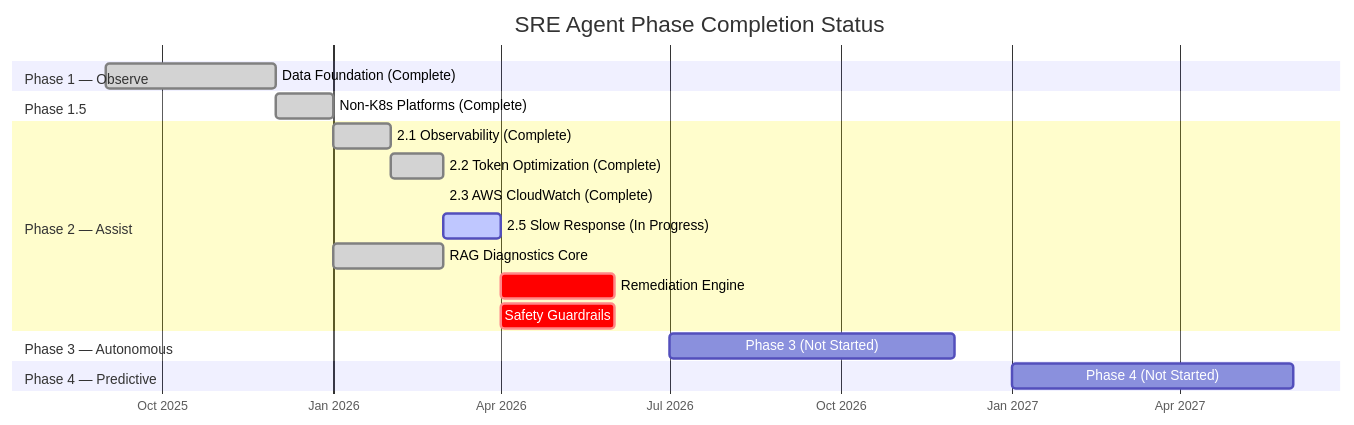
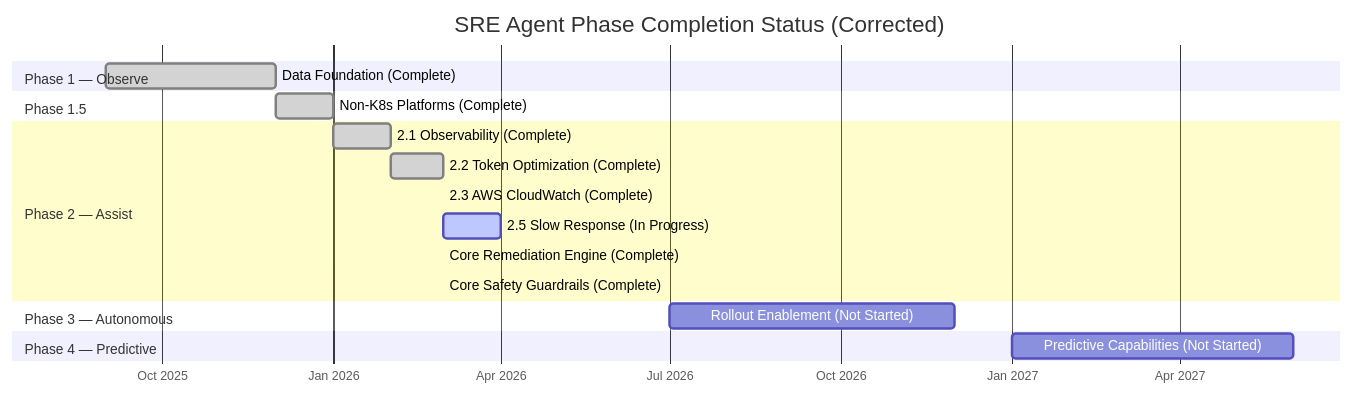
The first of 2 diagrams in docs/reports/analysis/phase_status_evaluation_report.md (faizanhussainrabbani/autonomous-sre-agent), drawn with Mermaid before and after one commit. The commit also changed other lines of this file and 19 other files, not shown here.

````diff
--- a/docs/reports/analysis/phase_status_evaluation_report.md
+++ b/docs/reports/analysis/phase_status_evaluation_report.md
@@ -13,27 +14,26 @@
 ```mermaid
 gantt
-    title SRE Agent Phase Completion Status
+    title SRE Agent Phase Completion Status (Corrected)
     dateFormat YYYY-MM
     axisFormat %b %Y
 
     section Phase 1 — Observe
-    Data Foundation (Complete)     :done, p1, 2025-09, 2025-12
+    Data Foundation (Complete)             :done, p1, 2025-09, 2025-12
 
     section Phase 1.5
-    Non-K8s Platforms (Complete)   :done, p15, 2025-12, 2026-01
+    Non-K8s Platforms (Complete)           :done, p15, 2025-12, 2026-01
 
     section Phase 2 — Assist
-    2.1 Observability (Complete)   :done, p21, 2026-01, 2026-02
-    2.2 Token Optimization (Complete) :done, p22, 2026-02, 2026-03
-    2.3 AWS CloudWatch (Complete)  :done, p23, 2026-03, 2026-03
-    2.5 Slow Response (In Progress) :active, p25, 2026-03, 2026-04
-    RAG Diagnostics Core          :done, p2core, 2026-01, 2026-03
-    Remediation Engine             :crit, p2rem, 2026-04, 2026-06
-    Safety Guardrails              :crit, p2safe, 2026-04, 2026-06
+    2.1 Observability (Complete)           :done, p21, 2026-01, 2026-02
+    2.2 Token Optimization (Complete)      :done, p22, 2026-02, 2026-03
+    2.3 AWS CloudWatch (Complete)          :done, p23, 2026-03, 2026-03
+    2.5 Slow Response (In Progress)        :active, p25, 2026-03, 2026-04
+    Core Remediation Engine (Complete)     :done, p2rem, 2026-03, 2026-03
+    Core Safety Guardrails (Complete)      :done, p2safe, 2026-03, 2026-03
 
     section Phase 3 — Autonomous
-    Phase 3 (Not Started)          : p3, 2026-07, 2026-12
+    Rollout Enablement (Not Started)       : p3, 2026-07, 2026-12
 
     section Phase 4 — Predictive
-    Phase 4 (Not Started)          : p4, 2027-01, 2027-06
+    Predictive Capabilities (Not Started)  : p4, 2027-01, 2027-06
 ```
````
